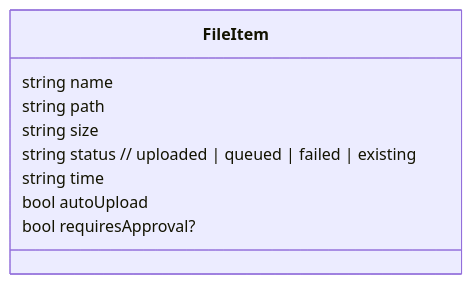
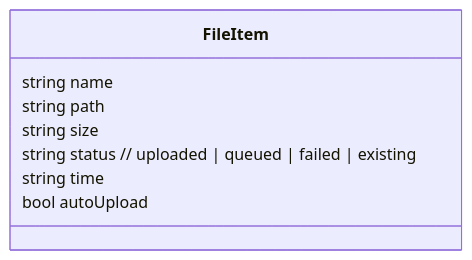
The eighth of 15 diagrams in docs/state-types-visual.md (VioletEvergardenZz/GoWatchFile), drawn with Mermaid before and after one commit. The commit also changed other lines of this file and 22 other files, not shown here.

````diff
--- a/docs/state-types-visual.md
+++ b/docs/state-types-visual.md
@@ -257,12 +167,11 @@
 ```mermaid
 classDiagram
 class FileItem {
   string name
   string path
   string size
   string status  // uploaded | queued | failed | existing
   string time
   bool autoUpload
-  bool requiresApproval?
 }
 ```
````
